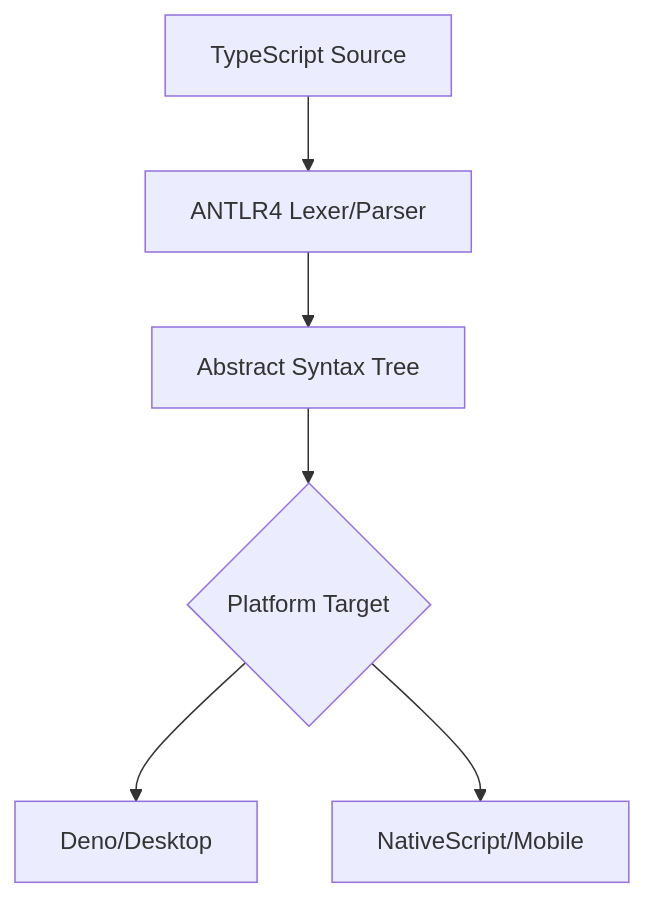
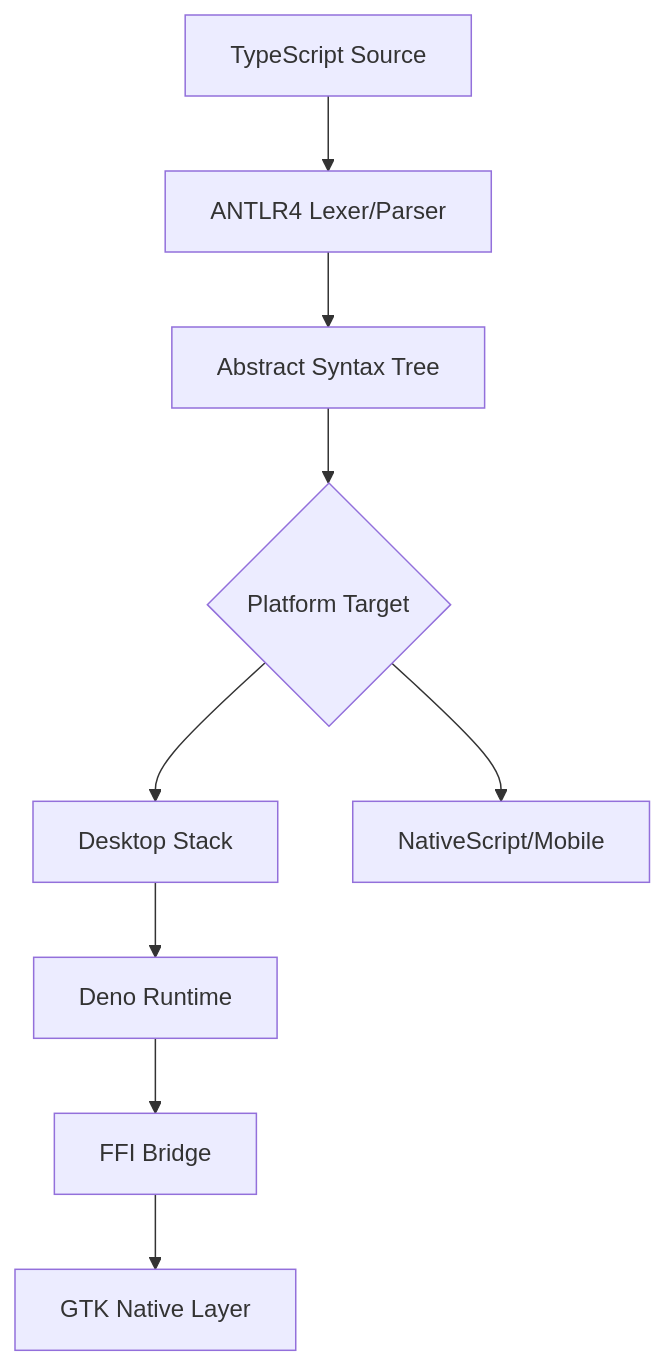
The first of 3 diagrams in stack-analysis.md (lpmwfx/Toolbox), drawn with Mermaid before and after one commit. The commit also changed other lines of this file, not shown here.

````diff
--- a/stack-analysis.md
+++ b/stack-analysis.md
@@ -34,8 +43,11 @@
 ```mermaid
 graph TD
     A[TypeScript Source] --> B[ANTLR4 Lexer/Parser]
     B --> C[Abstract Syntax Tree]
     C --> D{Platform Target}
-    D --> E[Deno/Desktop]
+    D --> E[Desktop Stack]
     D --> F[NativeScript/Mobile]
+    E --> G[Deno Runtime]
+    G --> H[FFI Bridge]
+    H --> I[GTK Native Layer]
 ```
````
